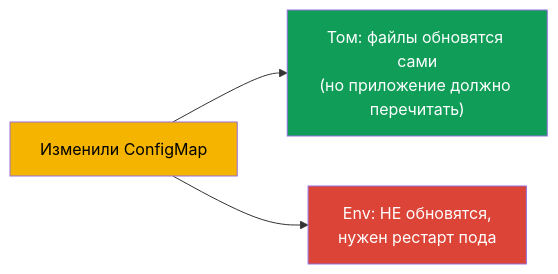
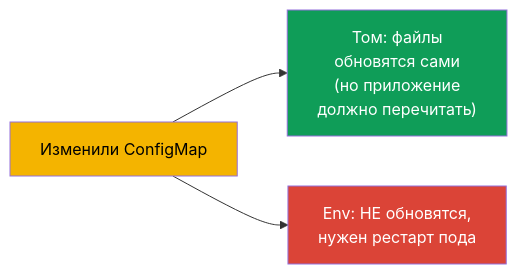
Before and after one commit to ViktorUJ/cks: the fifth of 5 diagrams in tasks/cka/course/18/ru.md, drawn with Mermaid. The commit also changed other lines of this file, not shown here.

````diff
--- a/tasks/cka/course/18/ru.md
+++ b/tasks/cka/course/18/ru.md
@@ -181,8 +182,8 @@
 ```mermaid
 flowchart LR
-    upd["Изменили ConfigMap"] --> vol["Том: файлы обновятся сами<br>(но приложение должно перечитать)"]
+    upd["Изменили ConfigMap"] --> vol["Том: файлы<br>обновятся сами<br>(но приложение<br>должно перечитать)"]
     upd --> env["Env: НЕ обновятся,<br>нужен рестарт пода"]
     style upd fill:#f4b400,color:#000
     style vol fill:#0f9d58,color:#fff
     style env fill:#db4437,color:#fff
 ```
````
